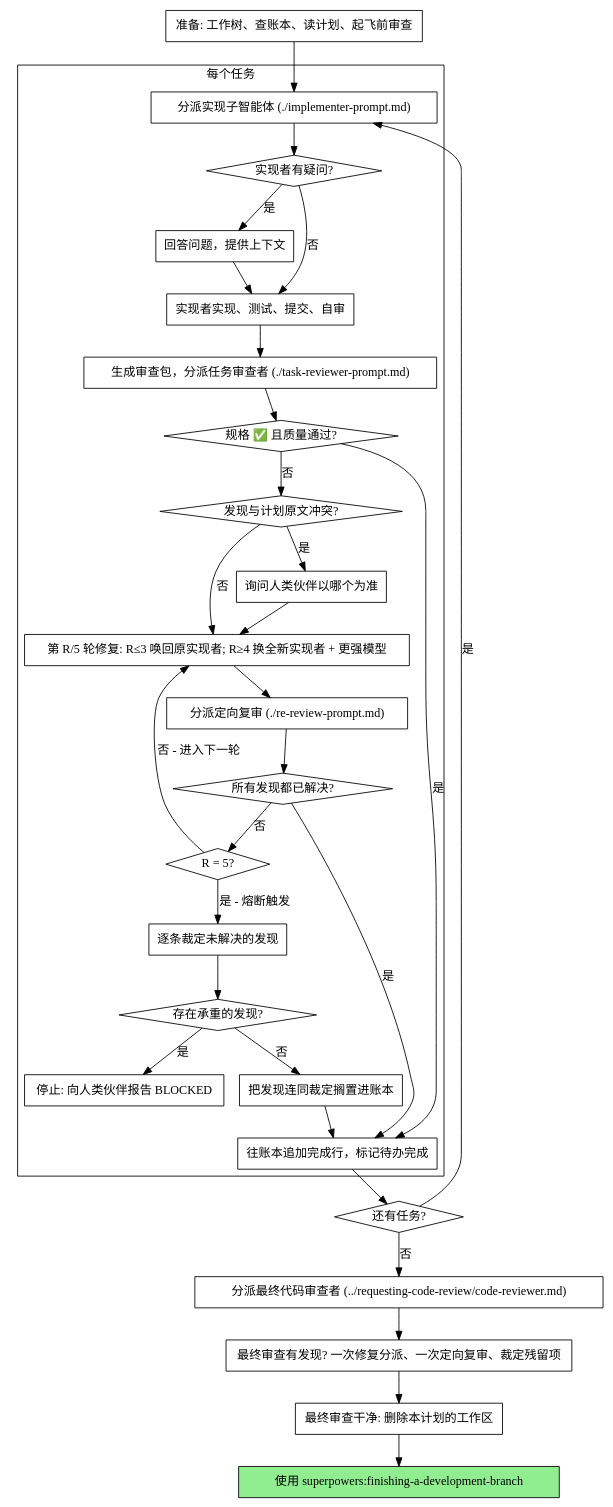
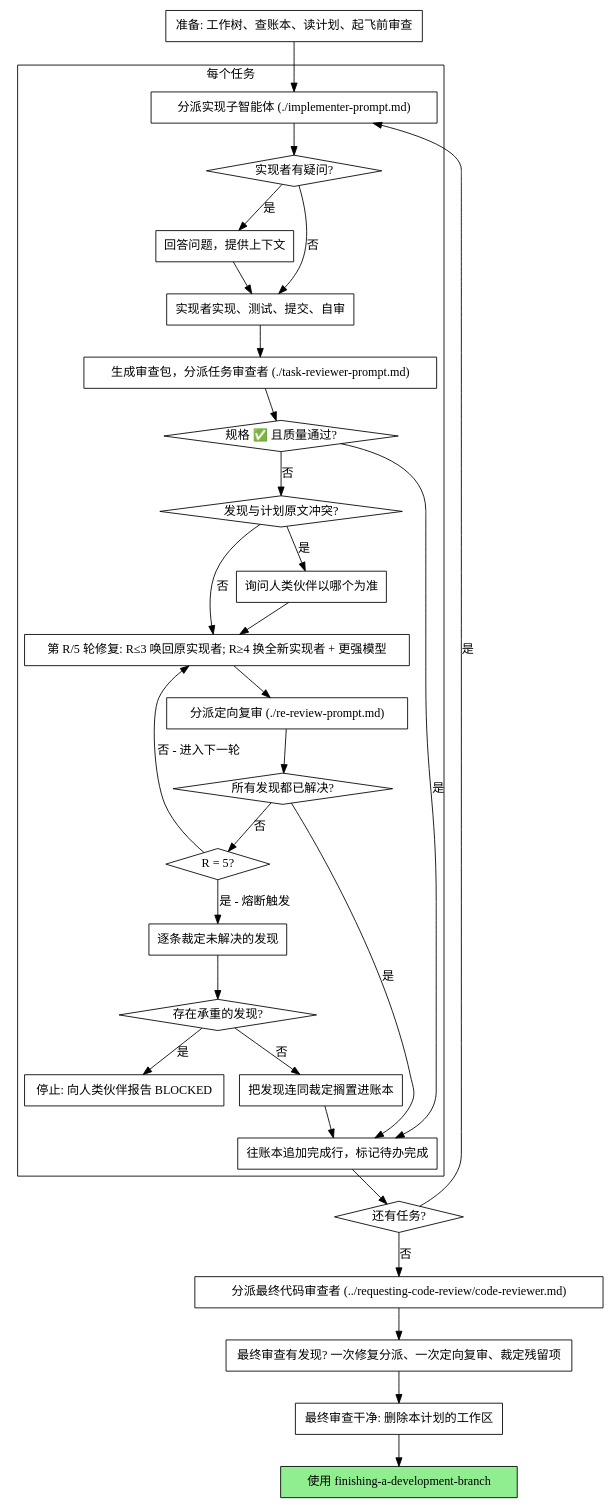
Before and after one commit to gabrielmoreira/agent-skills-mirror: the second of 2 diagrams in mirrors/repos/jnMetaCode@superpowers-zh/skills/subagent-driven-development/SKILL.md, drawn with Graphviz. The commit also changed other lines of this file and 2237 other files, not shown here.

````diff
--- a/mirrors/repos/jnMetaCode@superpowers-zh/skills/subagent-driven-development/SKILL.md
+++ b/mirrors/repos/jnMetaCode@superpowers-zh/skills/subagent-driven-development/SKILL.md
@@ -51,62 +51,62 @@
 ```dot
 digraph process {
     rankdir=TB;
 
     subgraph cluster_per_task {
         label="每个任务";
         "分派实现子智能体 (./implementer-prompt.md)" [shape=box];
         "实现者有疑问?" [shape=diamond];
         "回答问题，提供上下文" [shape=box];
         "实现者实现、测试、提交、自审" [shape=box];
         "生成审查包，分派任务审查者 (./task-reviewer-prompt.md)" [shape=box];
         "规格 ✅ 且质量通过?" [shape=diamond];
         "发现与计划原文冲突?" [shape=diamond];
         "询问人类伙伴以哪个为准" [shape=box];
         "第 R/5 轮修复: R≤3 唤回原实现者; R≥4 换全新实现者 + 更强模型" [shape=box];
         "分派定向复审 (./re-review-prompt.md)" [shape=box];
         "所有发现都已解决?" [shape=diamond];
         "R = 5?" [shape=diamond];
         "逐条裁定未解决的发现" [shape=box];
         "存在承重的发现?" [shape=diamond];
         "停止: 向人类伙伴报告 BLOCKED" [shape=box];
         "把发现连同裁定搁置进账本" [shape=box];
         "往账本追加完成行，标记待办完成" [shape=box];
     }
 
     "准备: 工作树、查账本、读计划、起飞前审查" [shape=box];
     "还有任务?" [shape=diamond];
     "分派最终代码审查者 (../requesting-code-review/code-reviewer.md)" [shape=box];
     "最终审查有发现? 一次修复分派、一次定向复审、裁定残留项" [shape=box];
     "最终审查干净: 删除本计划的工作区" [shape=box];
-    "使用 superpowers:finishing-a-development-branch" [shape=box style=filled fillcolor=lightgreen];
+    "使用 finishing-a-development-branch" [shape=box style=filled fillcolor=lightgreen];
 
     "准备: 工作树、查账本、读计划、起飞前审查" -> "分派实现子智能体 (./implementer-prompt.md)";
     "分派实现子智能体 (./implementer-prompt.md)" -> "实现者有疑问?";
     "实现者有疑问?" -> "回答问题，提供上下文" [label="是"];
     "回答问题，提供上下文" -> "实现者实现、测试、提交、自审";
     "实现者有疑问?" -> "实现者实现、测试、提交、自审" [label="否"];
     "实现者实现、测试、提交、自审" -> "生成审查包，分派任务审查者 (./task-reviewer-prompt.md)";
     "生成审查包，分派任务审查者 (./task-reviewer-prompt.md)" -> "规格 ✅ 且质量通过?";
     "规格 ✅ 且质量通过?" -> "往账本追加完成行，标记待办完成" [label="是"];
     "规格 ✅ 且质量通过?" -> "发现与计划原文冲突?" [label="否"];
     "发现与计划原文冲突?" -> "询问人类伙伴以哪个为准" [label="是"];
     "询问人类伙伴以哪个为准" -> "第 R/5 轮修复: R≤3 唤回原实现者; R≥4 换全新实现者 + 更强模型";
     "发现与计划原文冲突?" -> "第 R/5 轮修复: R≤3 唤回原实现者; R≥4 换全新实现者 + 更强模型" [label="否"];
     "第 R/5 轮修复: R≤3 唤回原实现者; R≥4 换全新实现者 + 更强模型" -> "分派定向复审 (./re-review-prompt.md)";
     "分派定向复审 (./re-review-prompt.md)" -> "所有发现都已解决?";
     "所有发现都已解决?" -> "往账本追加完成行，标记待办完成" [label="是"];
     "所有发现都已解决?" -> "R = 5?" [label="否"];
     "R = 5?" -> "第 R/5 轮修复: R≤3 唤回原实现者; R≥4 换全新实现者 + 更强模型" [label="否 - 进入下一轮"];
     "R = 5?" -> "逐条裁定未解决的发现" [label="是 - 熔断触发"];
     "逐条裁定未解决的发现" -> "存在承重的发现?";
     "存在承重的发现?" -> "停止: 向人类伙伴报告 BLOCKED" [label="是"];
     "存在承重的发现?" -> "把发现连同裁定搁置进账本" [label="否"];
     "把发现连同裁定搁置进账本" -> "往账本追加完成行，标记待办完成";
     "往账本追加完成行，标记待办完成" -> "还有任务?";
     "还有任务?" -> "分派实现子智能体 (./implementer-prompt.md)" [label="是"];
     "还有任务?" -> "分派最终代码审查者 (../requesting-code-review/code-reviewer.md)" [label="否"];
     "分派最终代码审查者 (../requesting-code-review/code-reviewer.md)" -> "最终审查有发现? 一次修复分派、一次定向复审、裁定残留项";
     "最终审查有发现? 一次修复分派、一次定向复审、裁定残留项" -> "最终审查干净: 删除本计划的工作区";
-    "最终审查干净: 删除本计划的工作区" -> "使用 superpowers:finishing-a-development-branch";
+    "最终审查干净: 删除本计划的工作区" -> "使用 finishing-a-development-branch";
 }
 ```
````
